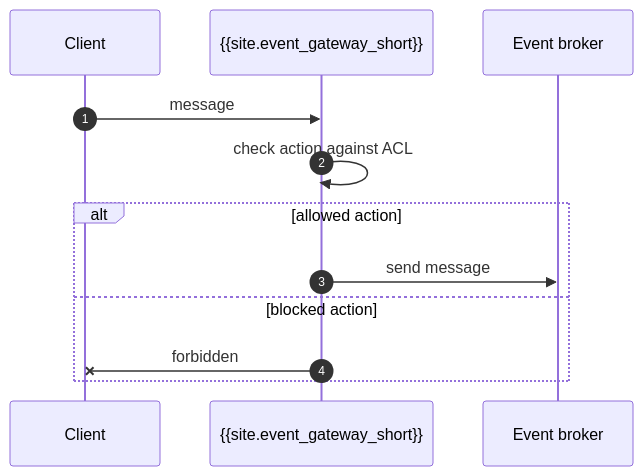
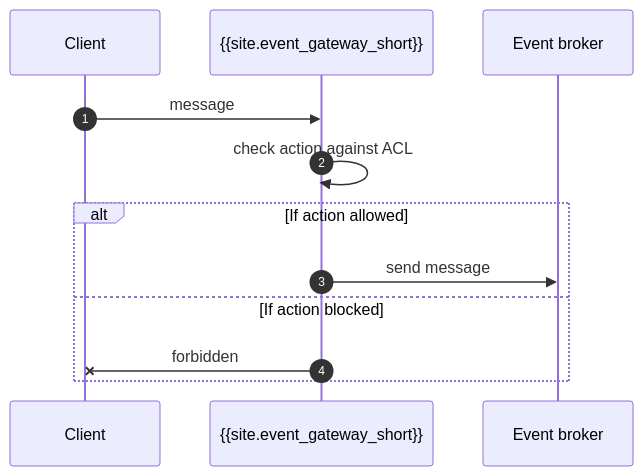
Before and after one commit to Kong/developer.konghq.com: the diagram in app/_event_gateway_policies/acl/index.md, drawn with Mermaid. The commit also changed 10 other files, not shown here.

Commit message:
add 'if' to alt/opt in mermaid diagrams

```diff
--- a/app/_event_gateway_policies/acl/index.md
+++ b/app/_event_gateway_policies/acl/index.md
@@ -70,19 +70,19 @@
 {% mermaid %}
 sequenceDiagram
   autonumber
   participant client as Client
   participant egw as {{site.event_gateway_short}}
   participant broker as Event broker
 
   client->>egw: message
   egw->>egw: check action against ACL
   
-  alt allowed action
+  alt If action allowed
 
   egw->>broker: send message
 
-  else blocked action
+  else If action blocked
   egw -x client: forbidden
   end
 
 {% endmermaid %}
```
